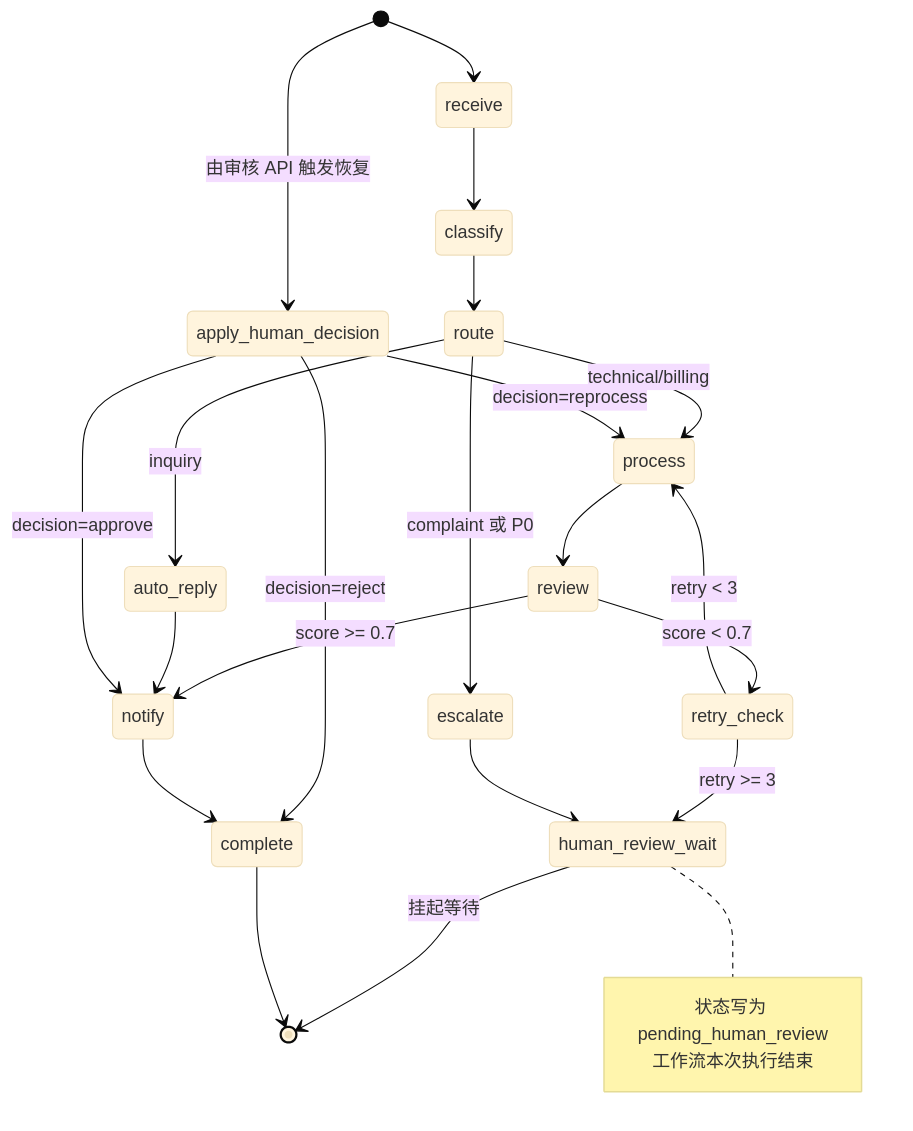
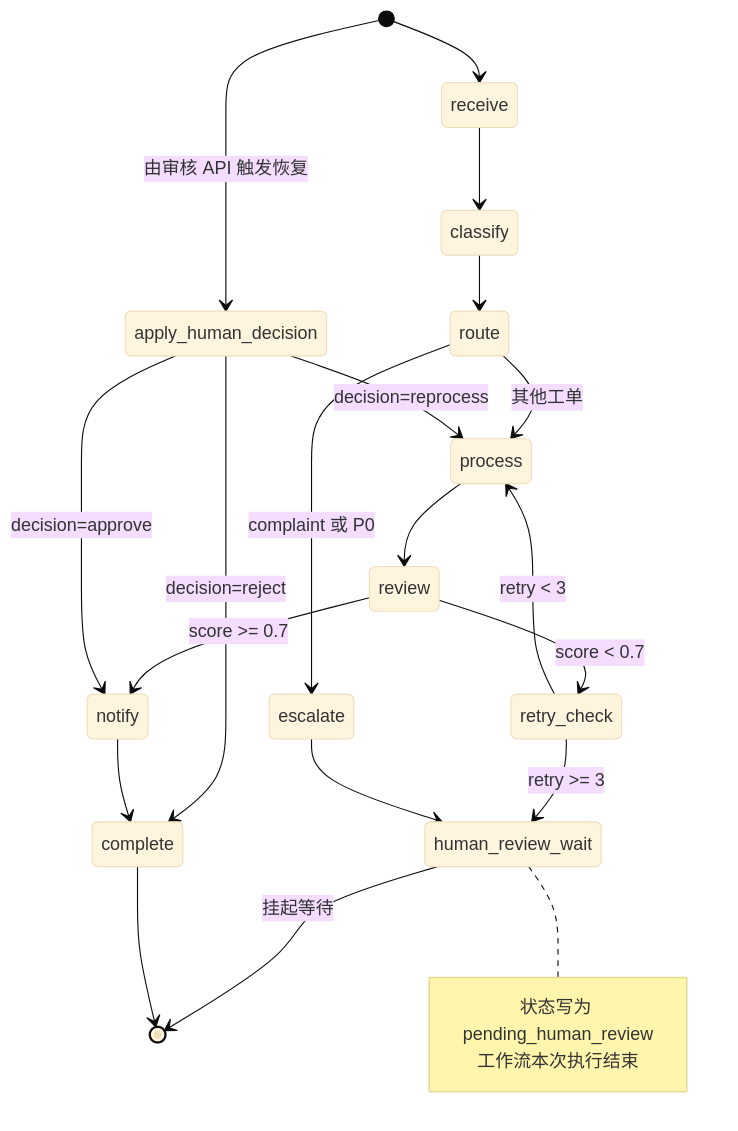
One commit to ArtLjn/AgentDesk changed the second of 4 diagrams in docs/design-spec/01_正式设计/09_人工审核工作台设计.md. Above: the diagram before and after it, drawn with Mermaid (base theme). The commit also changed other lines of this file and 23 other files, not shown here.

````diff
--- a/docs/design-spec/01_正式设计/09_人工审核工作台设计.md
+++ b/docs/design-spec/01_正式设计/09_人工审核工作台设计.md
@@ -97,30 +99,27 @@
 ```mermaid
 stateDiagram-v2
     [*] --> receive
     receive --> classify
     classify --> route
-    route --> auto_reply: inquiry
     route --> escalate: complaint 或 P0
-    route --> process: technical/billing
+    route --> process: 其他工单
     process --> review
     review --> notify: score >= 0.7
     review --> retry_check: score < 0.7
     retry_check --> process: retry < 3
     retry_check --> human_review_wait: retry >= 3
     escalate --> human_review_wait
-    auto_reply --> notify
-
     human_review_wait --> [*]: 挂起等待
     note right of human_review_wait
         状态写为 pending_human_review
         工作流本次执行结束
     end note
 
     [*] --> apply_human_decision: 由审核 API 触发恢复
     apply_human_decision --> notify: decision=approve
     apply_human_decision --> process: decision=reprocess
     apply_human_decision --> complete: decision=reject
 
     notify --> complete
     complete --> [*]
 ```
````
